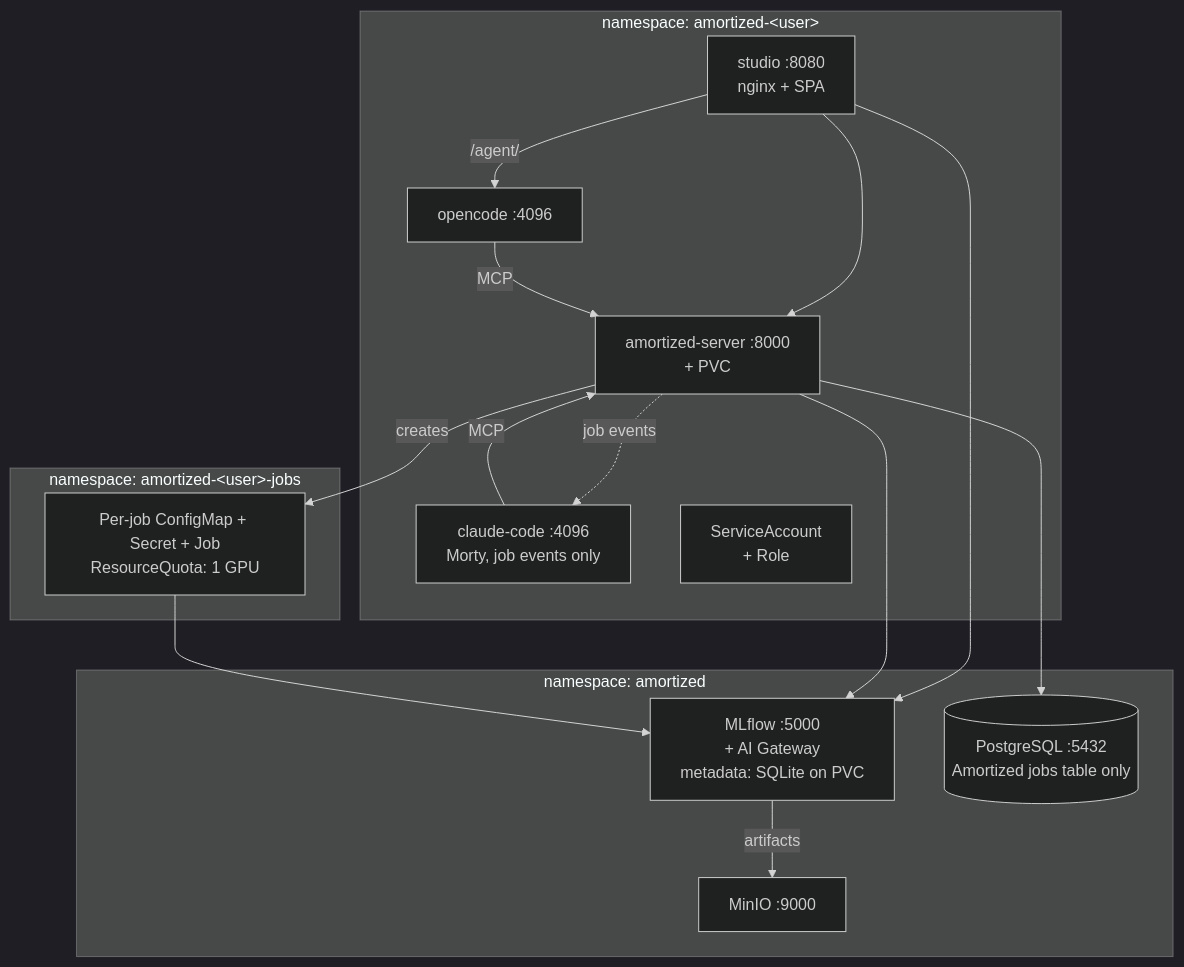
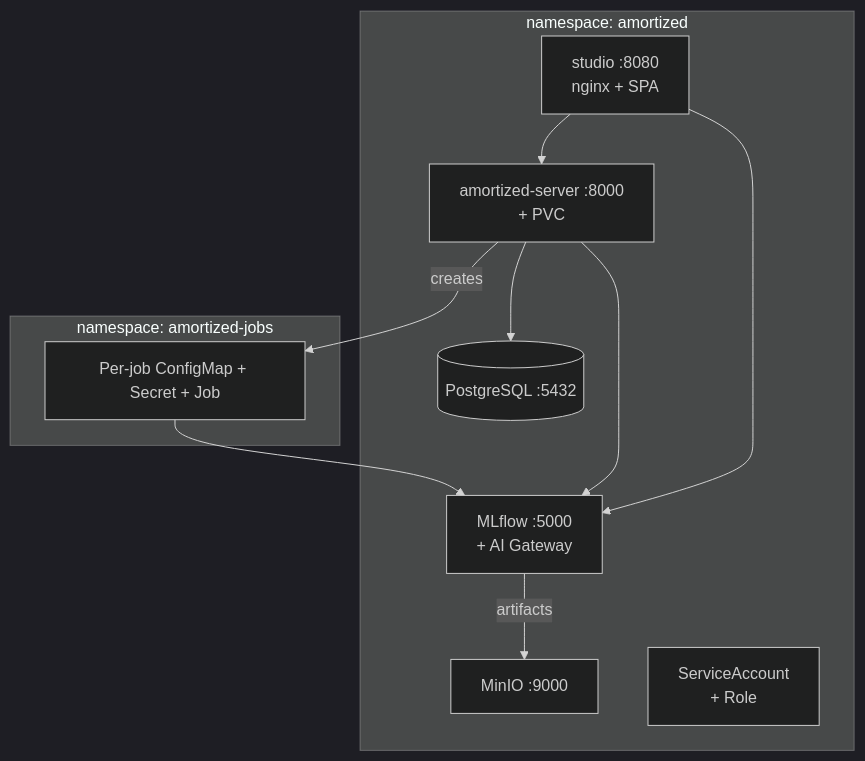
The eighth of 8 diagrams in docs/architecture.md (amortized-ai/amortized), drawn with Mermaid (dark theme) before and after one commit. The commit also changed other lines of this file, not shown here.

First line of the commit message:
docs: update architecture.md for current main branch state

````diff
--- a/docs/architecture.md
+++ b/docs/architecture.md
@@ -607,32 +580,23 @@
 ```mermaid
 graph TB
-    subgraph shared["namespace: amortized"]
-        mlflow["MLflow :5000<br/>+ AI Gateway<br/>metadata: SQLite on PVC"]
-        minio["MinIO :9000"]
-        pg[("PostgreSQL :5432<br/>Amortized jobs table only")]
-    end
-
-    subgraph user["namespace: amortized-&lt;user&gt;"]
+    subgraph ns["namespace: amortized"]
         srv["amortized-server :8000<br/>+ PVC"]
         st["studio :8080<br/>nginx + SPA"]
-        oc["opencode :4096"]
-        cc["claude-code :4096<br/>Morty, job events only"]
+        mlflow["MLflow :5000<br/>+ AI Gateway"]
+        minio["MinIO :9000"]
+        pg[("PostgreSQL :5432")]
         sa["ServiceAccount<br/>+ Role"]
     end
 
-    subgraph jobs["namespace: amortized-&lt;user&gt;-jobs"]
-        j["Per-job ConfigMap + Secret + Job<br/>ResourceQuota: 1 GPU"]
+    subgraph jobs["namespace: amortized-jobs"]
+        j["Per-job ConfigMap + Secret + Job"]
     end
 
     st --> srv
-    st -->|/agent/| oc
-    oc -->|MCP| srv
-    cc -->|MCP| srv
-    srv -.->|job events| cc
     st --> mlflow
     srv --> pg
     srv --> mlflow
     srv -->|creates| j
     j --> mlflow
     mlflow -->|artifacts| minio
 ```
````
